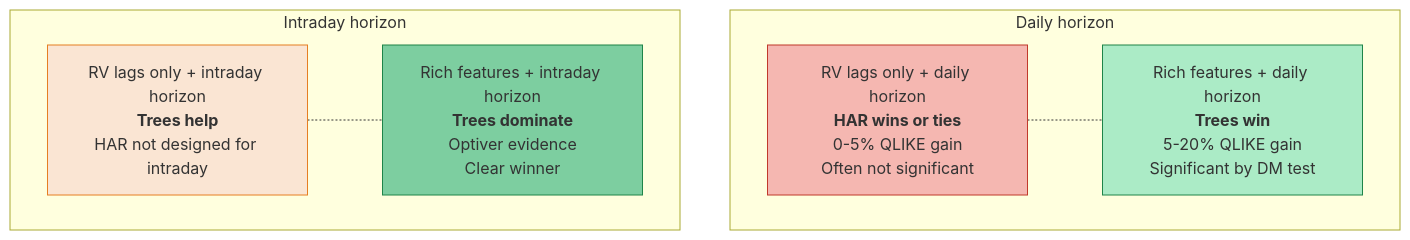
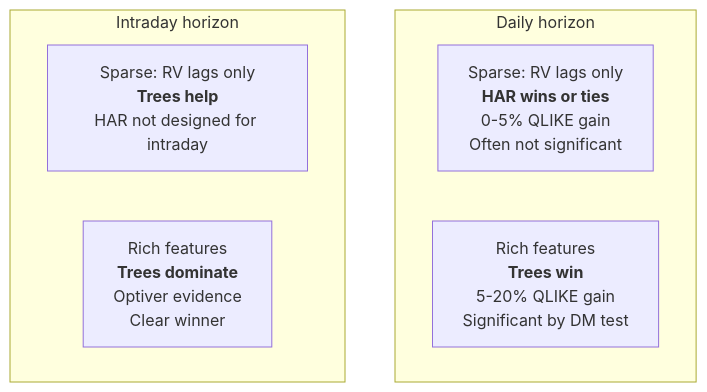
One commit to xRyann2255/ML-GS changed the fourth of 4 diagrams in vol-learning-guide/markdown/ch11-tree-methods-vol.md. Above: the diagram before and after it, drawn with Mermaid. The commit also changed other lines of this file and 19 other files, not shown here.

````diff
--- a/vol-learning-guide/markdown/ch11-tree-methods-vol.md
+++ b/vol-learning-guide/markdown/ch11-tree-methods-vol.md
@@ -874,21 +401,11 @@
 ```mermaid
 flowchart TD
-    subgraph daily["Daily horizon"]
-        tl["RV lags only + daily horizon<br/><b>HAR wins or ties</b><br/>0-5% QLIKE gain<br/>Often not significant"]
-        tr["Rich features + daily horizon<br/><b>Trees win</b><br/>5-20% QLIKE gain<br/>Significant by DM test"]
-    end
-    subgraph intraday["Intraday horizon"]
-        bl["RV lags only + intraday horizon<br/><b>Trees help</b><br/>HAR not designed for intraday"]
-        br["Rich features + intraday horizon<br/><b>Trees dominate</b><br/>Optiver evidence<br/>Clear winner"]
-    end
-    tl -.- tr
-    bl -.- br
-    classDef harwin fill:#f5b7b1,stroke:#c0392b;
-    classDef treewin fill:#abebc6,stroke:#1e8449;
-    classDef treehelp fill:#fae5d3,stroke:#e67e22;
-    classDef treedom fill:#7dcea0,stroke:#1e8449;
-    class tl harwin;
-    class tr treewin;
-    class bl treehelp;
-    class br treedom;
+  subgraph Daily["Daily horizon"]
+    tl["Sparse: RV lags only<br/><b>HAR wins or ties</b><br/>0-5% QLIKE gain<br/>Often not significant"]
+    tr["Rich features<br/><b>Trees win</b><br/>5-20% QLIKE gain<br/>Significant by DM test"]
+  end
+  subgraph Intraday["Intraday horizon"]
+    bl["Sparse: RV lags only<br/><b>Trees help</b><br/>HAR not designed for intraday"]
+    br["Rich features<br/><b>Trees dominate</b><br/>Optiver evidence<br/>Clear winner"]
+  end
 ```
````
